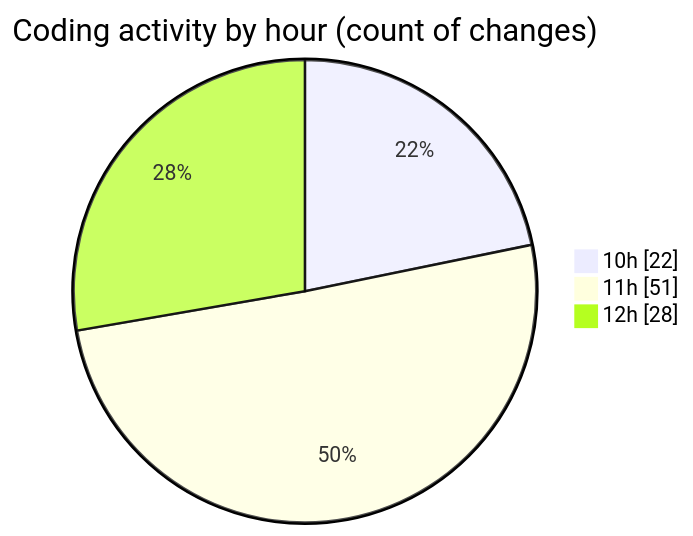
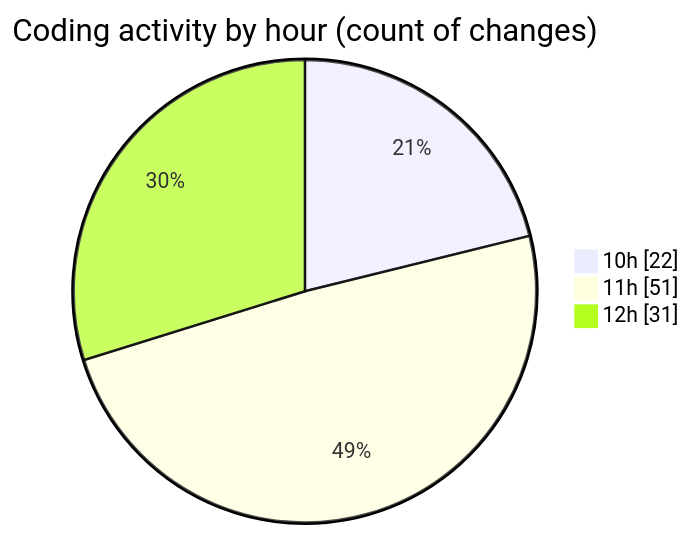
Before and after one commit to momahboobian/code-tracking: the second of 2 diagrams in 2025-04-29/cda/README.md, drawn with Mermaid. The commit also changed other lines of this file and 1 other file, not shown here.

````diff
--- a/2025-04-29/cda/README.md
+++ b/2025-04-29/cda/README.md
@@ -50,7 +50,7 @@
 ```mermaid
 pie showData
 title Coding activity by hour (count of changes)
 "10h" : 22
 "11h" : 51
-"12h" : 28
+"12h" : 31
 ```
````
